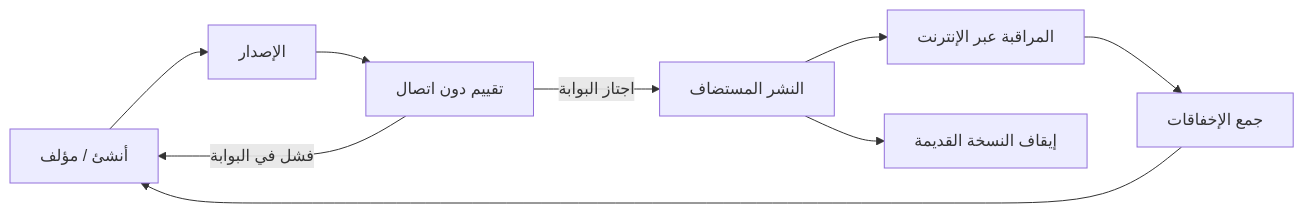
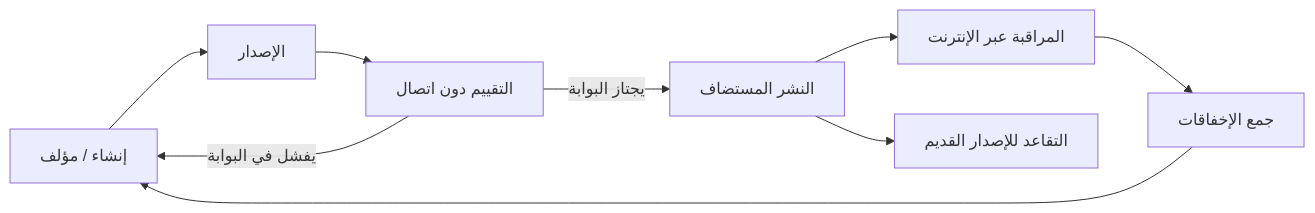
Before and after one commit to gabrielmoreira/agent-skills-mirror: the second of 4 diagrams in mirrors/repos/microsoft@ai-agents-for-beginners/translations/ar/16-deploying-scalable-agents/README.md, drawn with Mermaid. The commit also changed other lines of this file and 3581 other files, not shown here.

````diff
--- a/mirrors/repos/microsoft@ai-agents-for-beginners/translations/ar/16-deploying-scalable-agents/README.md
+++ b/mirrors/repos/microsoft@ai-agents-for-beginners/translations/ar/16-deploying-scalable-agents/README.md
@@ -108,11 +108,11 @@
 ```mermaid
 flowchart LR
-    Create[أنشئ / مؤلف] --> Version[الإصدار]
-    Version --> Evaluate[تقييم دون اتصال]
-    Evaluate -->|اجتاز البوابة| Deploy[النشر المستضاف]
-    Evaluate -->|فشل في البوابة| Create
+    Create[إنشاء / مؤلف] --> Version[الإصدار]
+    Version --> Evaluate[التقييم دون اتصال]
+    Evaluate -->|يجتاز البوابة| Deploy[النشر المستضاف]
+    Evaluate -->|يفشل في البوابة| Create
     Deploy --> Observe[المراقبة عبر الإنترنت]
     Observe --> Improve[جمع الإخفاقات]
     Improve --> Create
-    Deploy --> Retire[إيقاف النسخة القديمة]
+    Deploy --> Retire[التقاعد للإصدار القديم]
 ```
````
